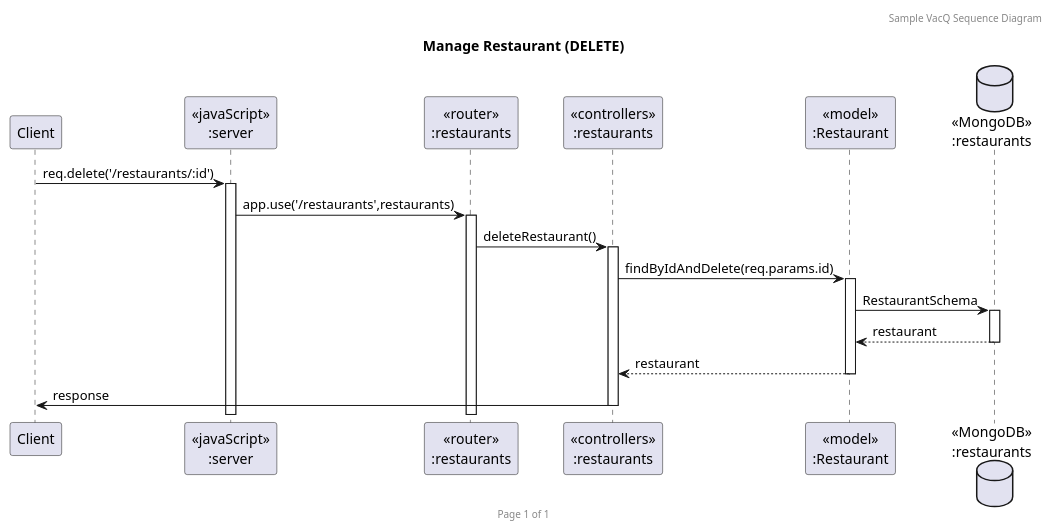
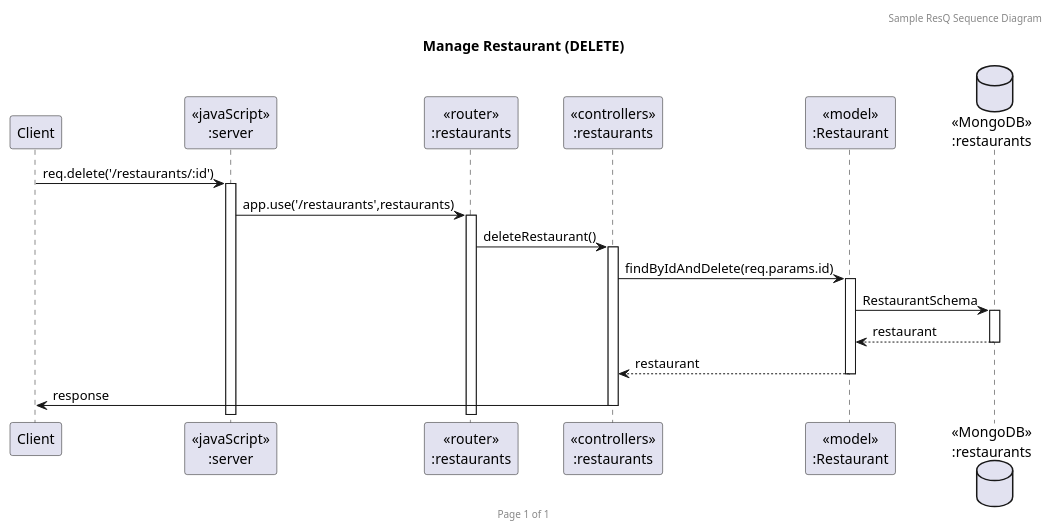
One commit to 2110503TACEDT66/presentation-day-1-bp changed the diagram in diagram/Restaurants Seq/delete.puml. Above: the diagram before and after it, drawn with PlantUML.

Commit message:
Edit delete sequence

```diff
--- a/diagram/Restaurants Seq/delete.puml
+++ b/diagram/Restaurants Seq/delete.puml
@@ -1,23 +1,23 @@
 @startuml Manage Restaurant (DELETE)
 
-header Sample VacQ Sequence Diagram
+header Sample ResQ Sequence Diagram
 footer Page %page% of %lastpage%
 title "Manage Restaurant (DELETE)"
 
 participant "Client" as client
 participant "<<javaScript>>\n:server" as server
 participant "<<router>>\n:restaurants" as routerRestaurants
 participant "<<controllers>>\n:restaurants" as controllersRestaurants
 participant "<<model>>\n:Restaurant" as modelRestaurant
 database "<<MongoDB>>\n:restaurants" as RestaurantsDatabase
 
 client->server ++:req.delete('/restaurants/:id')
 server->routerRestaurants ++:app.use('/restaurants',restaurants)
 routerRestaurants -> controllersRestaurants ++:deleteRestaurant()
 controllersRestaurants->modelRestaurant ++:findByIdAndDelete(req.params.id)
 modelRestaurant ->RestaurantsDatabase ++: RestaurantSchema
 RestaurantsDatabase --> modelRestaurant --: restaurant
 controllersRestaurants <-- modelRestaurant --:restaurant
 controllersRestaurants->client --:response
 
 @enduml
```
